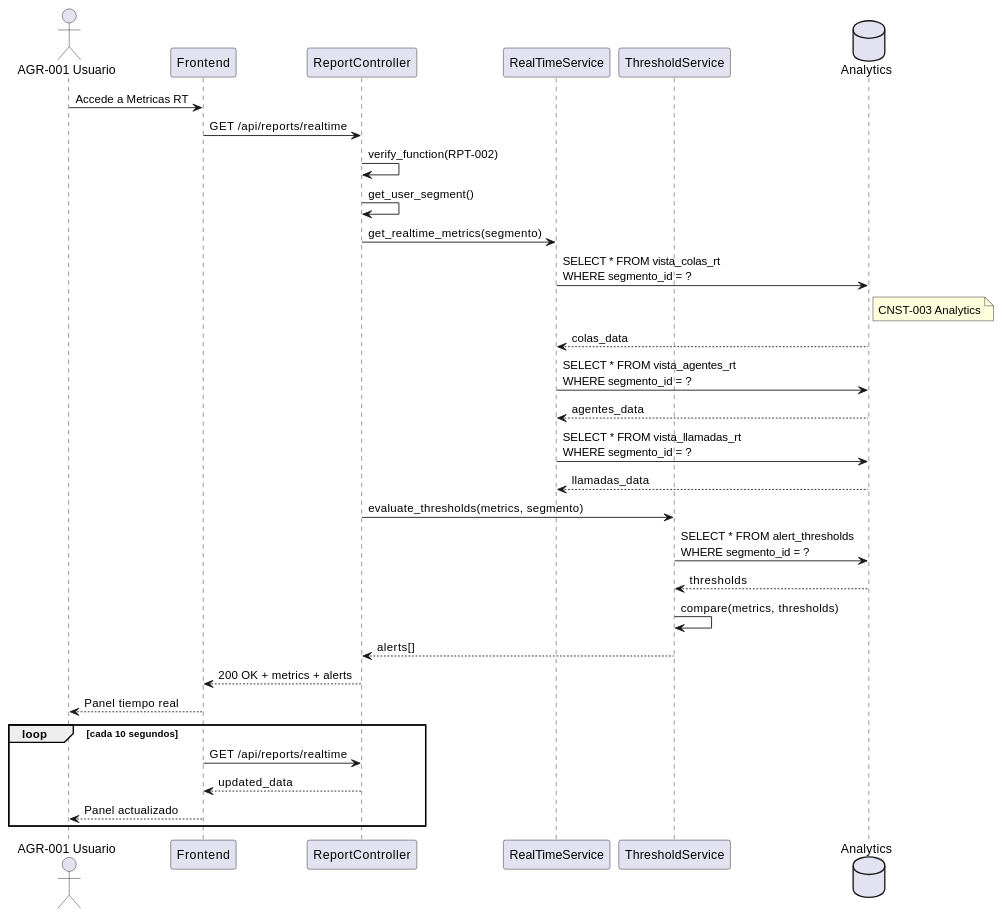
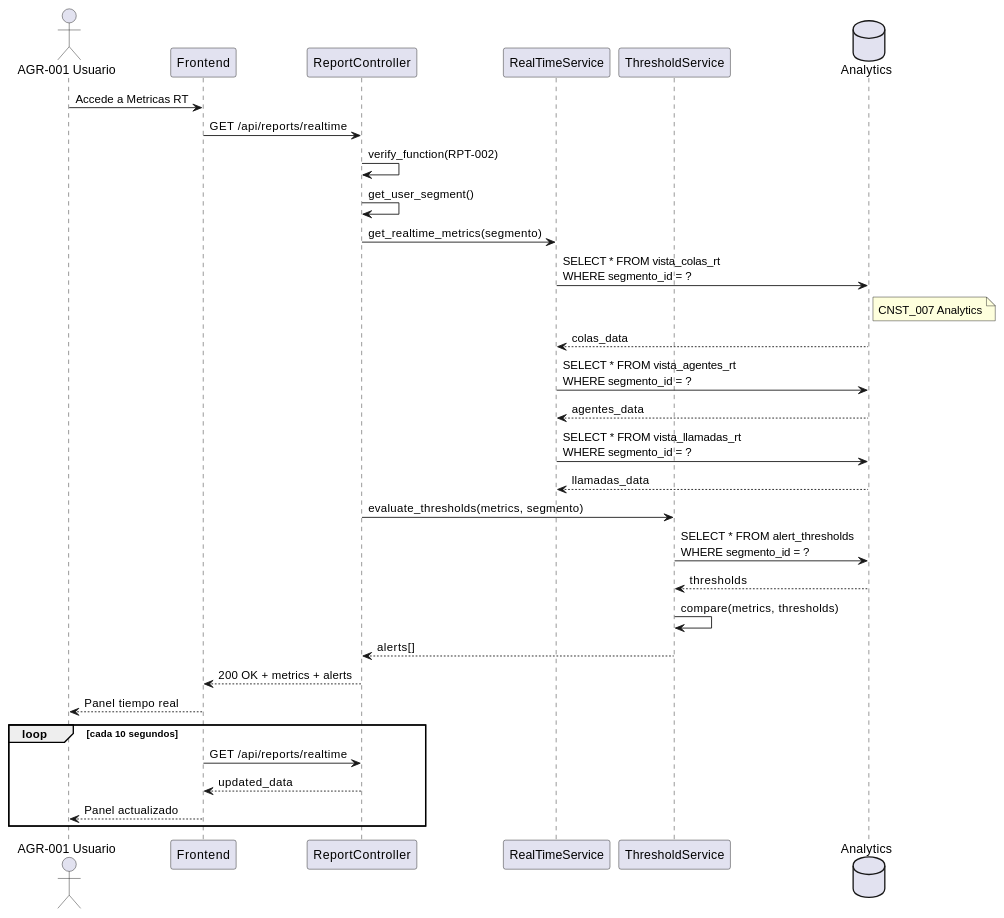
The second of 3 diagrams in source/requisitos/casos_uso/reports/UC_RPT_02_Ver_Metricas_Tiempo_Real.rst (jcg-admin/IACT-docs), drawn with PlantUML before and after one commit. The commit also changed other lines of this file and 67 other files, not shown here.

```diff
--- a/source/requisitos/casos_uso/reports/UC_RPT_02_Ver_Metricas_Tiempo_Real.rst
+++ b/source/requisitos/casos_uso/reports/UC_RPT_02_Ver_Metricas_Tiempo_Real.rst
@@ -160,43 +160,43 @@
 .. uml::
    :caption: Diagrama de Secuencia - UC_RPT_02
 
    @startuml
    actor "AGR-001 Usuario" as U
    participant "Frontend" as FE
    participant "ReportController" as RC
    participant "RealTimeService" as RTS
    participant "ThresholdService" as TS
    database "Analytics" as DB
 
    U -> FE: Accede a Metricas RT
    FE -> RC: GET /api/reports/realtime
    RC -> RC: verify_function(RPT-002)
    RC -> RC: get_user_segment()
 
    RC -> RTS: get_realtime_metrics(segmento)
 
    RTS -> DB: SELECT * FROM vista_colas_rt\nWHERE segmento_id = ?
-   note right of DB: CNST-003 Analytics
+   note right of DB: CNST_007 Analytics
    DB --> RTS: colas_data
 
    RTS -> DB: SELECT * FROM vista_agentes_rt\nWHERE segmento_id = ?
    DB --> RTS: agentes_data
 
    RTS -> DB: SELECT * FROM vista_llamadas_rt\nWHERE segmento_id = ?
    DB --> RTS: llamadas_data
 
    RC -> TS: evaluate_thresholds(metrics, segmento)
    TS -> DB: SELECT * FROM alert_thresholds\nWHERE segmento_id = ?
    DB --> TS: thresholds
    TS -> TS: compare(metrics, thresholds)
    TS --> RC: alerts[]
 
    RC --> FE: 200 OK + metrics + alerts
    FE --> U: Panel tiempo real
 
    loop cada 10 segundos
      FE -> RC: GET /api/reports/realtime
      RC --> FE: updated_data
      FE --> U: Panel actualizado
    end
    @enduml
```
